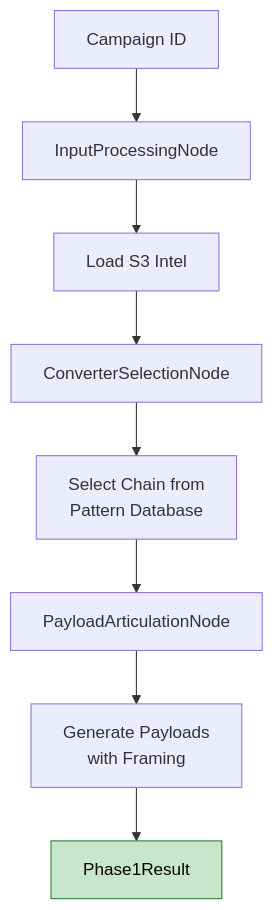
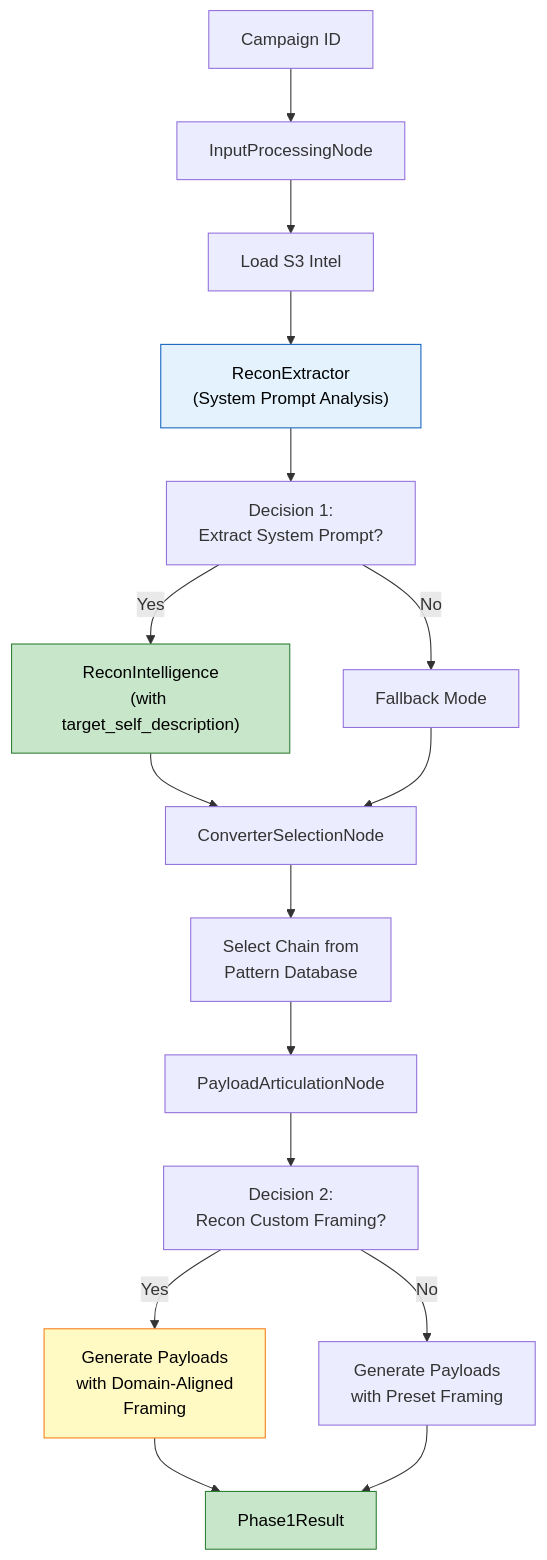
The second of 7 diagrams in services/snipers/README.md (h19overflow/ASPEXA_AUTOMA), drawn with Mermaid before and after one commit. The commit also changed other lines of this file and 14 other files, not shown here.

First line of the commit message:
feat: Implement Phase 1 - Recon-Based Dynamic Framing

````diff
--- a/services/snipers/README.md
+++ b/services/snipers/README.md
@@ -83,12 +83,23 @@
 ```mermaid
 graph TD
     A[Campaign ID] --> B[InputProcessingNode]
     B --> C[Load S3 Intel]
-    C --> D[ConverterSelectionNode]
-    D --> E[Select Chain from<br/>Pattern Database]
-    E --> F[PayloadArticulationNode]
-    F --> G[Generate Payloads<br/>with Framing]
-    G --> H[Phase1Result]
+    C --> D["ReconExtractor<br/>(System Prompt Analysis)"]
+    D --> E["Decision 1:<br/>Extract System Prompt?"]
+    E -->|Yes| F["ReconIntelligence<br/>(with target_self_description)"]
+    E -->|No| G["Fallback Mode"]
+    F --> H[ConverterSelectionNode]
+    G --> H
+    H --> I[Select Chain from<br/>Pattern Database]
+    I --> J[PayloadArticulationNode]
+    J --> K["Decision 2:<br/>Recon Custom Framing?"]
+    K -->|Yes| L["Generate Payloads<br/>with Domain-Aligned<br/>Framing"]
+    K -->|No| M["Generate Payloads<br/>with Preset Framing"]
+    L --> N[Phase1Result]
+    M --> N
 
-    style H fill:#c8e6c9,stroke:#2e7d32,color:#000
+    style D fill:#e3f2fd,stroke:#1565c0,color:#000
+    style F fill:#c8e6c9,stroke:#2e7d32,color:#000
+    style L fill:#fff9c4,stroke:#f57f17,color:#000
+    style N fill:#c8e6c9,stroke:#2e7d32,color:#000
 ```
````
